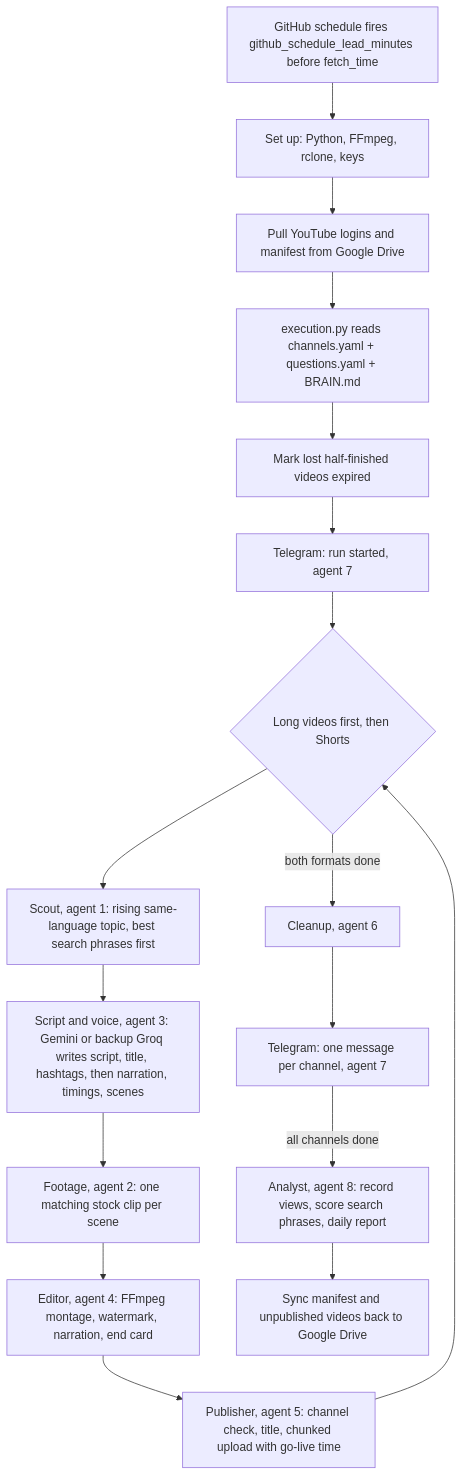
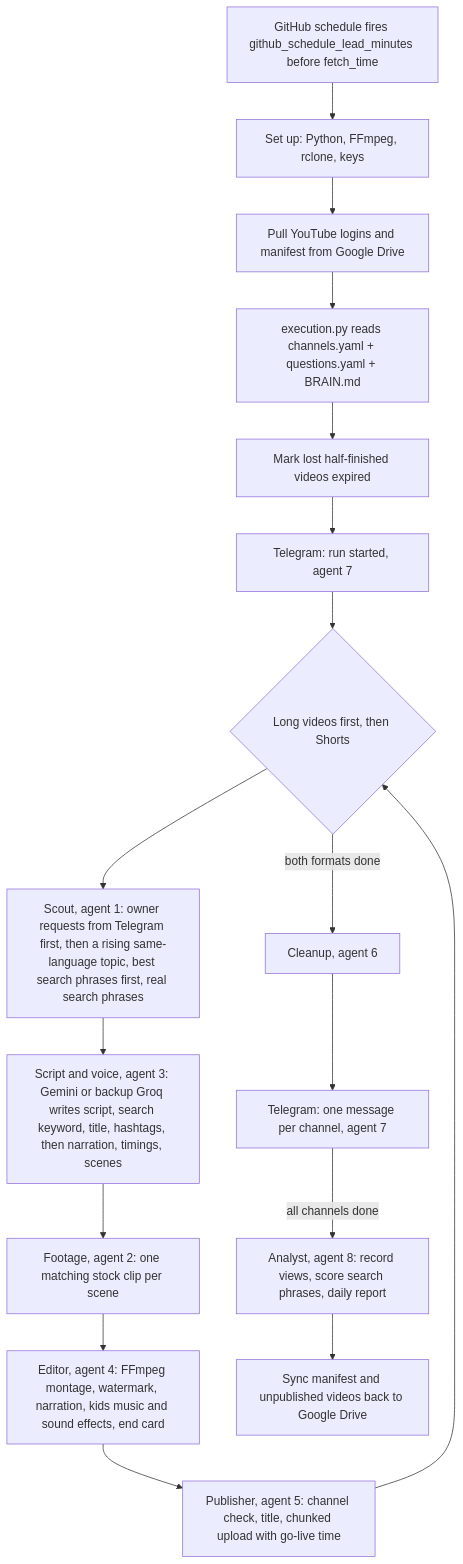
Before and after one commit to tarunteja83/PersonalProjects-TT83: the diagram in youtube-automation-agents/execution/execution.md, drawn with Mermaid. The commit also changed other lines of this file and 14 other files, not shown here.

````diff
--- a/youtube-automation-agents/execution/execution.md
+++ b/youtube-automation-agents/execution/execution.md
@@ -31,19 +31,19 @@
 ```mermaid
 flowchart TD
     A[GitHub schedule fires github_schedule_lead_minutes before fetch_time] --> B[Set up: Python, FFmpeg, rclone, keys]
     B --> C[Pull YouTube logins and manifest from Google Drive]
     C --> D[execution.py reads channels.yaml + questions.yaml + BRAIN.md]
     D --> E[Mark lost half-finished videos expired]
     E --> T[Telegram: run started, agent 7]
     T --> F{Long videos first, then Shorts}
-    F --> G[Scout, agent 1: rising same-language topic, best search phrases first]
-    G --> H[Script and voice, agent 3: Gemini or backup Groq writes script, title, hashtags, then narration, timings, scenes]
+    F --> G[Scout, agent 1: owner requests from Telegram first, then a rising same-language topic, best search phrases first, real search phrases]
+    G --> H[Script and voice, agent 3: Gemini or backup Groq writes script, search keyword, title, hashtags, then narration, timings, scenes]
     H --> I[Footage, agent 2: one matching stock clip per scene]
-    I --> J[Editor, agent 4: FFmpeg montage, watermark, narration, end card]
+    I --> J[Editor, agent 4: FFmpeg montage, watermark, narration, kids music and sound effects, end card]
     J --> K[Publisher, agent 5: channel check, title, chunked upload with go-live time]
     K --> F
     F -->|both formats done| L[Cleanup, agent 6]
     L --> M[Telegram: one message per channel, agent 7]
     M -->|all channels done| P[Analyst, agent 8: record views, score search phrases, daily report]
     P --> N[Sync manifest and unpublished videos back to Google Drive]
 ```
````
